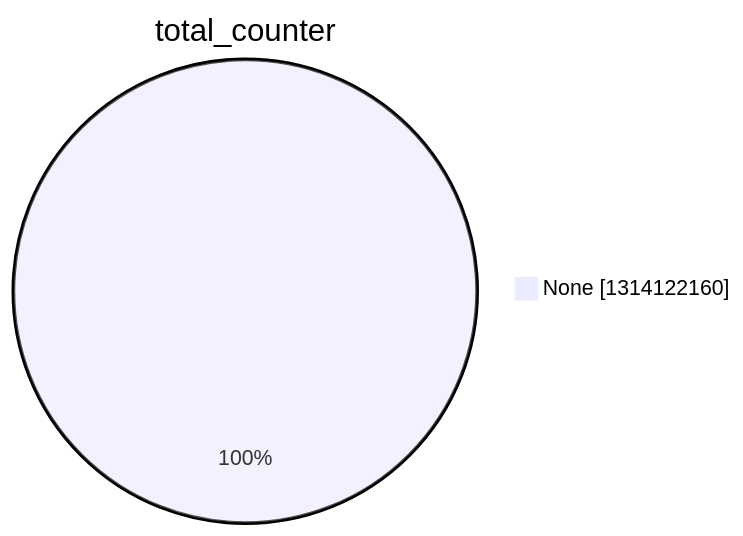
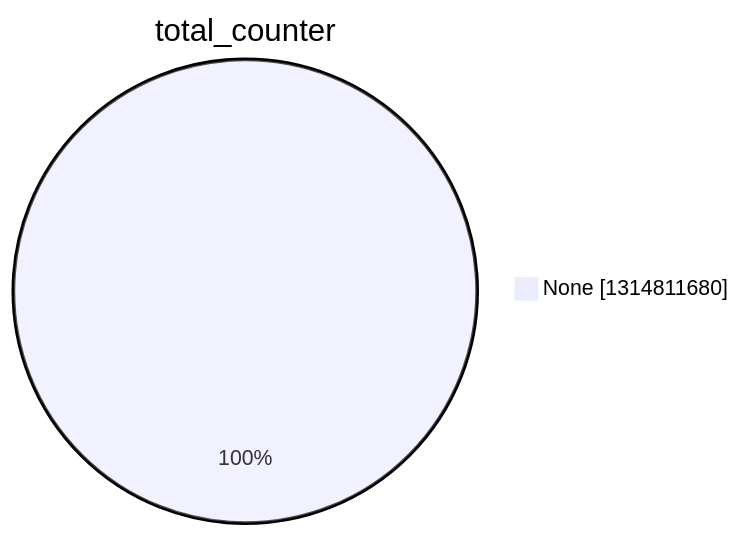
One commit to christiankrug/ctmonitor_visualization changed the second of 15 diagrams in argon2022/README.md. Above: the diagram before and after it, drawn with Mermaid. The commit also changed other lines of this file, not shown here.

````diff
--- a/argon2022/README.md
+++ b/argon2022/README.md
@@ -9,5 +9,5 @@
 ```mermaid
 pie showData
 title total_counter
-"None" :1314122160
+"None" :1314811680
 ```
````
